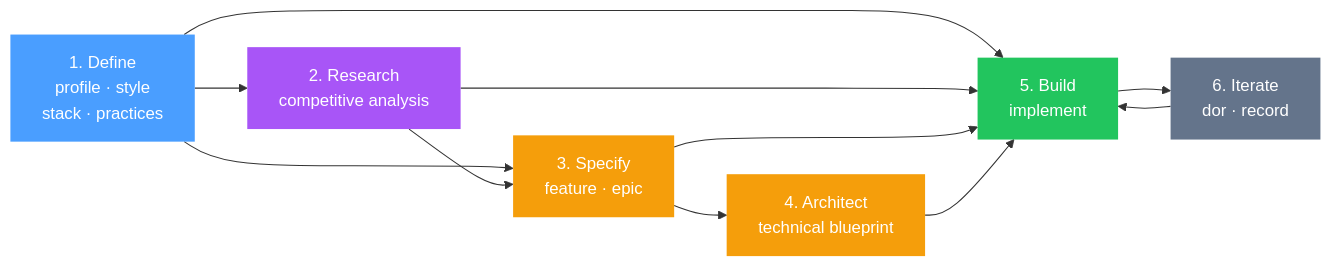
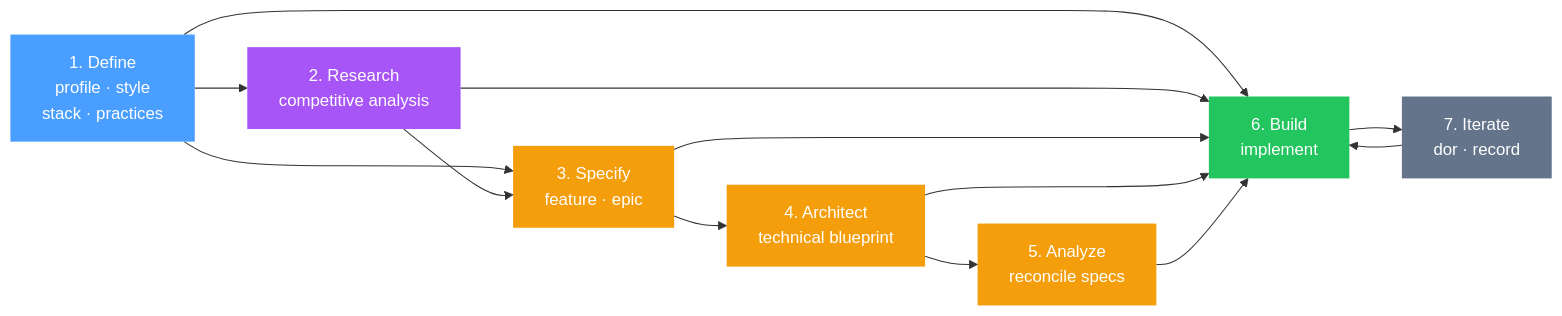
The diagram in README.md (gballer77/gspec), drawn with Mermaid before and after one commit. The commit also changed other lines of this file and 7 other files, not shown here.

````diff
--- a/README.md
+++ b/README.md
@@ -30,39 +30,45 @@
 ```mermaid
 flowchart LR
     Define["1. Define
     profile · style
     stack · practices"]
 
     Research["2. Research
     competitive analysis"]
 
     Specify["3. Specify
     feature · epic"]
 
     Architect["4. Architect
     technical blueprint"]
 
-    Build["5. Build
+    Analyze["5. Analyze
+    reconcile specs"]
+
+    Build["6. Build
     implement"]
     
-    Iterate["6. Iterate
+    Iterate["7. Iterate
     dor · record"]
 
     Define --> Research
     Define --> Specify
     Define --> Build
     Research --> Specify
     Research --> Build
     Specify --> Architect
     Specify --> Build
+    Architect --> Analyze
     Architect --> Build
+    Analyze --> Build
     Build --> Iterate
     Iterate --> Build
 
     style Define fill:#4a9eff,color:#fff,stroke:none
     style Research fill:#a855f7,color:#fff,stroke:none
     style Specify fill:#f59e0b,color:#fff,stroke:none
     style Architect fill:#f59e0b,color:#fff,stroke:none
+    style Analyze fill:#f59e0b,color:#fff,stroke:none
     style Build fill:#22c55e,color:#fff,stroke:none
     style Iterate fill:#64748b,color:#fff,stroke:none
 ```
````
